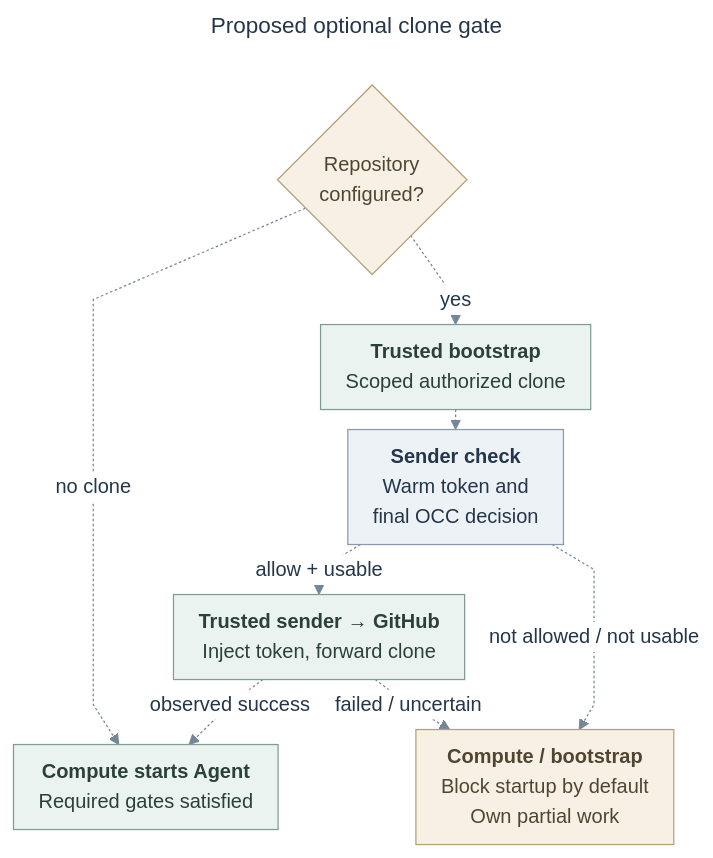
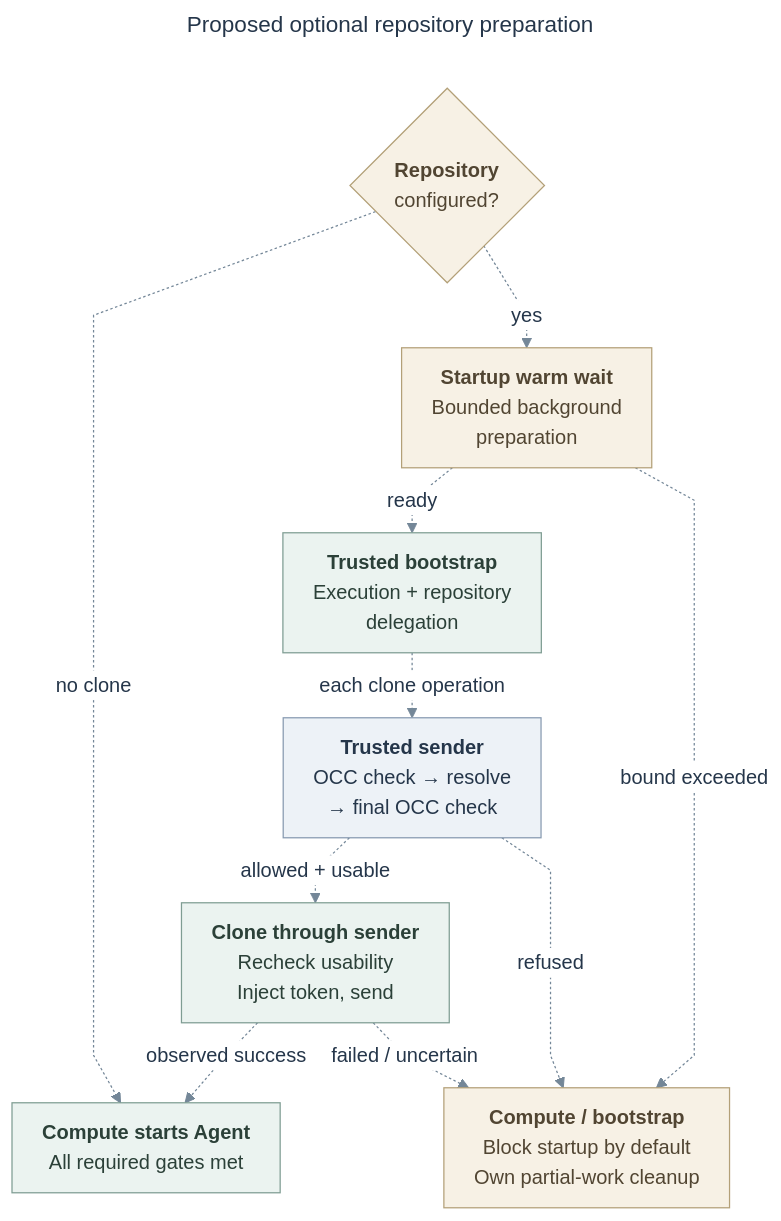
Before and after one commit to freeqaz-openai/openclaw-enterprise: the diagram in specs/rfcs/0019-egress-proxy-credential-lifecycle/assets/clone-startup.mmd, drawn with Mermaid. The commit also changed 16 other files, not shown here.

Commit message:
docs(rfc): clarify egress architecture and security model

```diff
--- a/specs/rfcs/0019-egress-proxy-credential-lifecycle/assets/clone-startup.mmd
+++ b/specs/rfcs/0019-egress-proxy-credential-lifecycle/assets/clone-startup.mmd
@@ -1,43 +1,50 @@
 ---
-title: "Proposed optional clone gate"
+title: "Proposed optional repository preparation"
 config:
   theme: base
   htmlLabels: true
   themeVariables:
     fontFamily: "Arial, sans-serif"
     fontSize: "16px"
     primaryTextColor: "#25364A"
     lineColor: "#748798"
     edgeLabelBackground: "#FFFFFF"
+    clusterBkg: "#FAFBFC"
+    clusterBorder: "#D8DEE6"
   flowchart:
     useMaxWidth: false
     curve: linear
-    nodeSpacing: 16
-    rankSpacing: 16
-    padding: 10
-    diagramPadding: 10
+    nodeSpacing: 22
+    rankSpacing: 28
+    padding: 12
+    diagramPadding: 12
     subGraphTitleMargin:
-      top: 8
-      bottom: 10
+      top: 10
+      bottom: 14
 ---
 flowchart TB
-  Repo{"Repository<br/>configured?"}
-  Bootstrap["<b>Trusted bootstrap</b><br/>Scoped authorized clone"]
-  Gate["<b>Sender check</b><br/>Warm token and<br/>final OCC decision"]
-  Clone["<b>Trusted sender → GitHub</b><br/>Inject token, forward clone"]
-  Start["<b>Compute starts Agent</b><br/>Required gates satisfied"]
-  Block["<b>Compute / bootstrap</b><br/>Block startup by default<br/>Own partial work"]
-  Repo -.->|no clone| Start
-  Repo -.->|yes| Bootstrap
-  Bootstrap -.-> Gate
-  Gate -.->|allow + usable| Clone
-  Gate -.->|not allowed / not usable| Block
-  Clone -.->|observed success| Start
-  Clone -.->|failed / uncertain| Block
+  Repo{"<b>Repository</b><br/>configured?"}
+  Warm["<b>Startup warm wait</b><br/>Bounded background<br/>preparation"]
+  Bootstrap["<b>Trusted bootstrap</b><br/>Execution + repository<br/>delegation"]
+  Sender["<b>Trusted sender</b><br/>OCC check → resolve<br/>→ final OCC check"]
+  Clone["<b>Clone through sender</b><br/>Recheck usability<br/>Inject token, send"]
+  Start["<b>Compute starts Agent</b><br/>All required gates met"]
+  Block["<b>Compute / bootstrap</b><br/>Block startup by default<br/>Own partial-work cleanup"]
+  Repo -. no clone .-> Start
+  Repo -. yes .-> Warm
+  Warm -. ready .-> Bootstrap
+  Warm -. bound exceeded .-> Block
+  Bootstrap -. each clone operation .-> Sender
+  Sender -. allowed + usable .-> Clone
+  Sender -. refused .-> Block
+  Clone -. observed success .-> Start
+  Clone -. failed / uncertain .-> Block
   class Bootstrap,Clone,Start action
-  class Gate api
-  class Repo,Block gate
+  class Sender api
+  class Repo,Warm,Block gate
   classDef api fill:#EDF2F7,stroke:#879AB0,color:#25364A,stroke-width:1px
   classDef action fill:#EBF3F0,stroke:#7F9D93,color:#2B4038,stroke-width:1px
+  classDef external fill:#F2EDF6,stroke:#A394AF,color:#40354B,stroke-width:1px
   classDef gate fill:#F7F1E5,stroke:#B3A078,color:#514532,stroke-width:1px
+  classDef logical fill:#F3F4F6,stroke:#98A2AE,color:#344054,stroke-width:1px,stroke-dasharray:4 4
   linkStyle default stroke:#748798,stroke-width:1px
```
